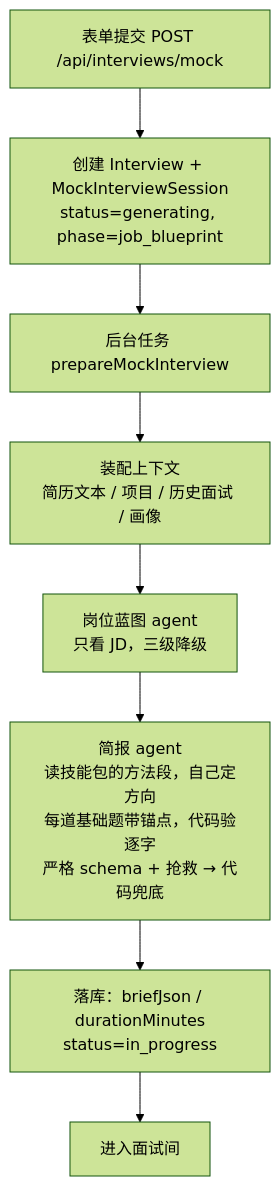
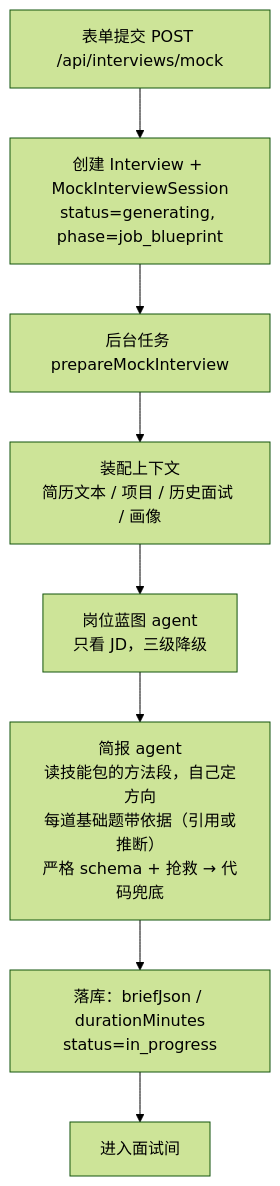
One commit to yuecao365/OfferCome changed the diagram in docs/interview-flow-before.md. Above: the diagram before and after it, drawn with Mermaid (forest theme). The commit also changed other lines of this file and 24 other files, not shown here.

````diff
--- a/docs/interview-flow-before.md
+++ b/docs/interview-flow-before.md
@@ -8,10 +8,10 @@
 ```mermaid
 flowchart TD
   F[表单提交 POST /api/interviews/mock] --> C[创建 Interview + MockInterviewSession<br/>status=generating, phase=job_blueprint]
   C --> BG[后台任务 prepareMockInterview]
   BG --> CTX[装配上下文<br/>简历文本 / 项目 / 历史面试 / 画像]
   CTX --> BP[岗位蓝图 agent<br/>只看 JD，三级降级]
-  BP --> BRIEF[简报 agent<br/>读技能包的方法段，自己定方向<br/>每道基础题带锚点，代码验逐字<br/>严格 schema + 抢救 → 代码兜底]
+  BP --> BRIEF[简报 agent<br/>读技能包的方法段，自己定方向<br/>每道基础题带依据（引用或推断）<br/>严格 schema + 抢救 → 代码兜底]
   BRIEF --> SAVE[落库：briefJson / durationMinutes<br/>status=in_progress]
   SAVE --> ROOM[进入面试间]
 ```
````
